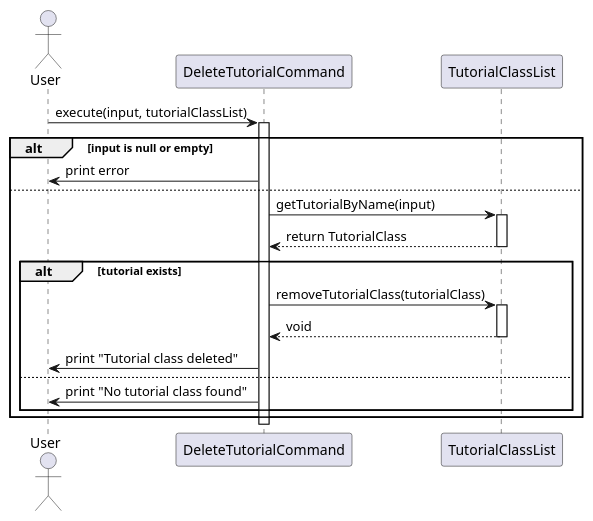
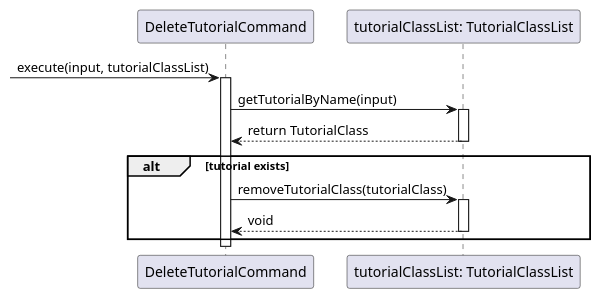
Before and after one commit to wongyihao02/tp: the diagram in docs/diagrams/tutorialcommands/DeleteTutorialCommandSequenceDiagram.puml, drawn with PlantUML. The commit also changed 14 other files, not shown here.

First line of the commit message:
Fix Sequence and Class Diagrams

```diff
--- a/docs/diagrams/tutorialcommands/DeleteTutorialCommandSequenceDiagram.puml
+++ b/docs/diagrams/tutorialcommands/DeleteTutorialCommandSequenceDiagram.puml
@@ -1,34 +1,28 @@
 @startuml
 
-actor User
 
 participant "DeleteTutorialCommand" as DTC
-participant "TutorialClassList" as TCL
+participant "tutorialClassList: TutorialClassList" as TCL
 
-User -> DTC: execute(input, tutorialClassList)
+-> DTC: execute(input, tutorialClassList)
 activate DTC
 
-alt input is null or empty
-    DTC -> User: print error
-else
+
     DTC -> TCL: getTutorialByName(input)
     activate TCL
     TCL --> DTC: return TutorialClass
     deactivate TCL
 
 
 
     alt tutorial exists
         DTC -> TCL: removeTutorialClass(tutorialClass)
         activate TCL
         TCL --> DTC: void
         deactivate TCL
-        DTC -> User: print "Tutorial class deleted"
-    else
-        DTC -> User: print "No tutorial class found"
     end
-end
+
 
 deactivate DTC
 
 @enduml
```
